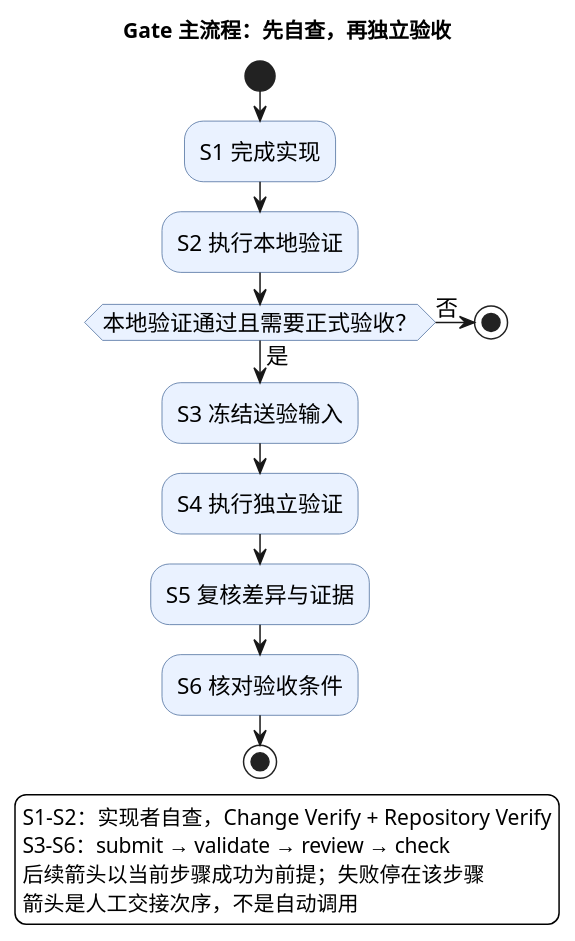
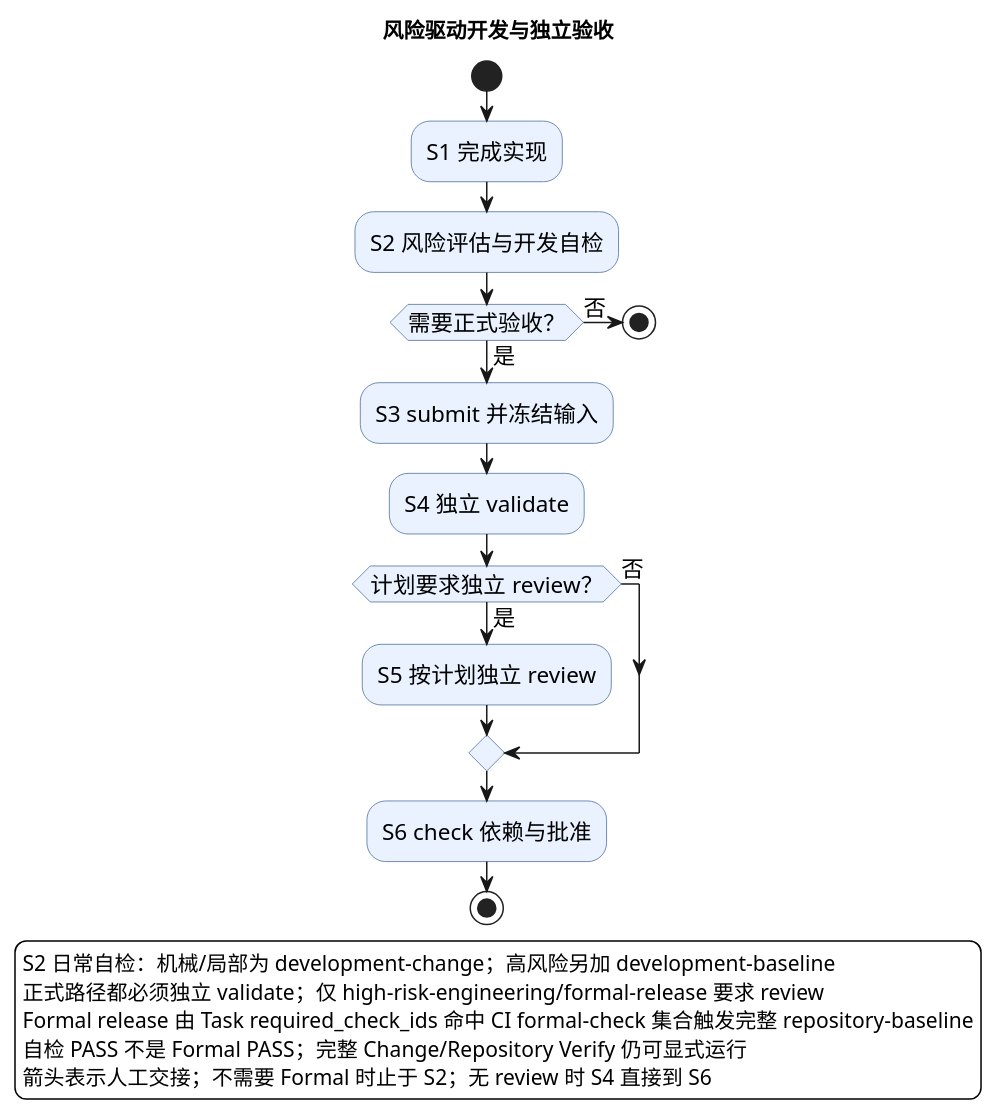
The diagram in docs/development/change-delivery.md (iampkuhz/lexiflow), drawn with PlantUML before and after one commit. The commit also changed other lines of this file and 150 other files, not shown here.

````diff
--- a/docs/development/change-delivery.md
+++ b/docs/development/change-delivery.md
@@ -9,31 +9,35 @@
 ```plantuml
 @startuml
 skinparam backgroundColor white
 skinparam defaultFontName SansSerif
 skinparam shadowing false
 skinparam nodesep 40
 skinparam ranksep 45
 skinparam activityBackgroundColor #EAF2FF
 skinparam activityBorderColor #46699A
 skinparam defaultFontSize 15
-title Gate 主流程：先自查，再独立验收
+title 风险驱动开发与独立验收
 start
 :S1 完成实现;
-:S2 执行本地验证;
-if (本地验证通过且需要正式验收？) then (是)
-  :S3 冻结送验输入;
-  :S4 执行独立验证;
-  :S5 复核差异与证据;
-  :S6 核对验收条件;
+:S2 风险评估与开发自检;
+if (需要正式验收？) then (是)
+  :S3 submit 并冻结输入;
+  :S4 独立 validate;
+  if (计划要求独立 review？) then (是)
+    :S5 按计划独立 review;
+  else (否)
+  endif
+  :S6 check 依赖与批准;
 else (否)
   stop
 endif
 stop
 legend bottom
-S1–S2：实现者自查，Change Verify + Repository Verify
-S3–S6：submit → validate → review → check
-后续箭头以当前步骤成功为前提；失败停在该步骤
-箭头是人工交接次序，不是自动调用
+S2 日常自检：机械/局部为 development-change；高风险另加 development-baseline
+正式路径都必须独立 validate；仅 high-risk-engineering/formal-release 要求 review
+Formal release 由 Task required_check_ids 命中 CI formal-check 集合触发完整 repository-baseline
+自检 PASS 不是 Formal PASS；完整 Change/Repository Verify 仍可显式运行
+箭头表示人工交接；不需要 Formal 时止于 S2；无 review 时 S4 直接到 S6
 endlegend
 @enduml
 ```
````
